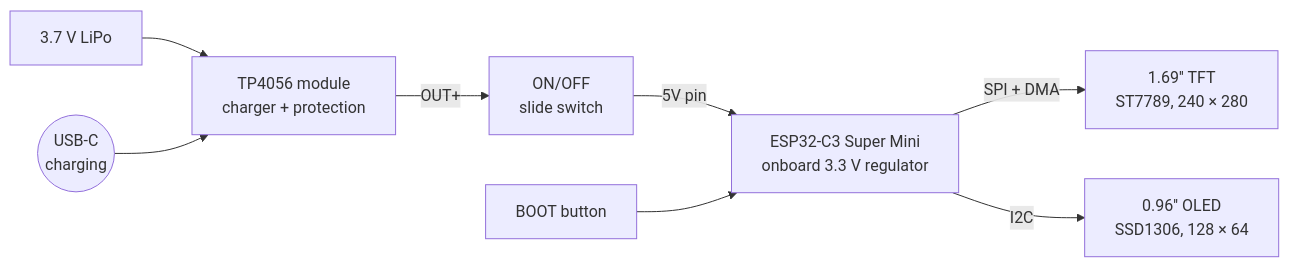
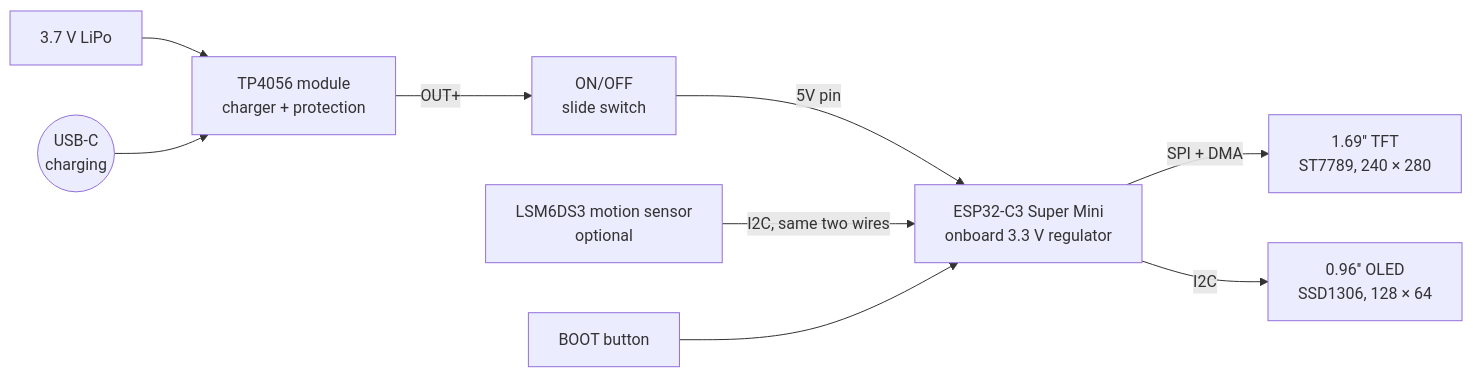
Before and after one commit to engineerdiaa/cyber-badge: the first of 2 diagrams in README.md, drawn with Mermaid. The commit also changed other lines of this file and 15 other files, not shown here.

First line of the commit message:
Add the optional motion sensor: balls that flow like water

````diff
--- a/README.md
+++ b/README.md
@@ -53,10 +56,11 @@
 ```mermaid
 flowchart LR
     BAT["3.7 V LiPo"] --> TP["TP4056 module<br/>charger + protection"]
     USB(("USB-C<br/>charging")) --> TP
     TP -- "OUT+" --> SW["ON/OFF<br/>slide switch"]
     SW -- "5V pin" --> C3["ESP32-C3 Super Mini<br/>onboard 3.3 V regulator"]
     C3 -- "SPI + DMA" --> TFT["1.69'' TFT<br/>ST7789, 240 × 280"]
     C3 -- "I2C" --> OLED["0.96'' OLED<br/>SSD1306, 128 × 64"]
+    IMU["LSM6DS3 motion sensor<br/>optional"] -- "I2C, same two wires" --> C3
     BOOT["BOOT button"] --> C3
 ```
````
